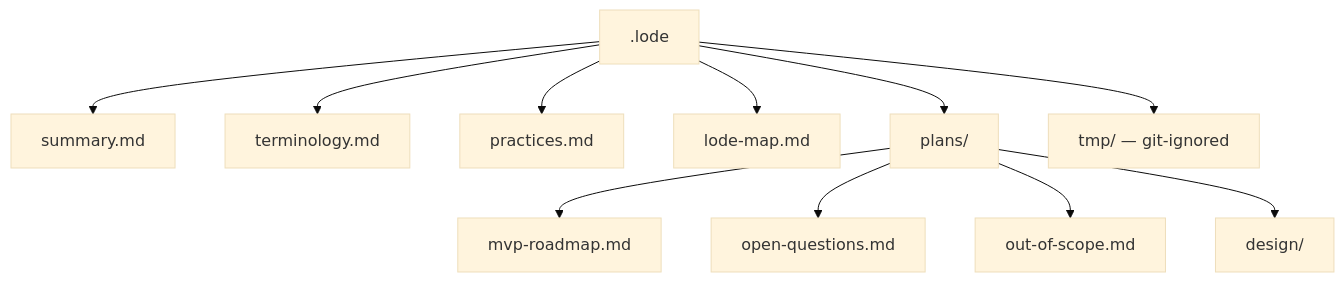
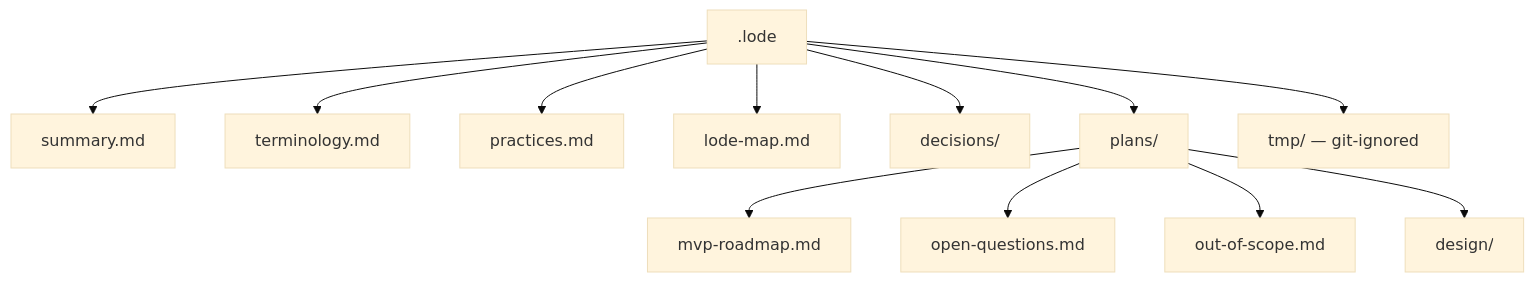
Before and after one commit to xakpc/sqlite-mcp-sidecar: the diagram in .lode/lode-map.md, drawn with Mermaid (base theme). The commit also changed other lines of this file and 28 other files, not shown here.

````diff
--- a/.lode/lode-map.md
+++ b/.lode/lode-map.md
@@ -8,13 +8,14 @@
 ```mermaid
 flowchart TD
     root[.lode] --> s[summary.md]
     root --> t[terminology.md]
     root --> p[practices.md]
     root --> m[lode-map.md]
+    root --> dec[decisions/]
     root --> plans[plans/]
     root --> tmp[tmp/ — git-ignored]
     plans --> rm[mvp-roadmap.md]
     plans --> oq[open-questions.md]
     plans --> oos[out-of-scope.md]
     plans --> d[design/]
 ```
````
